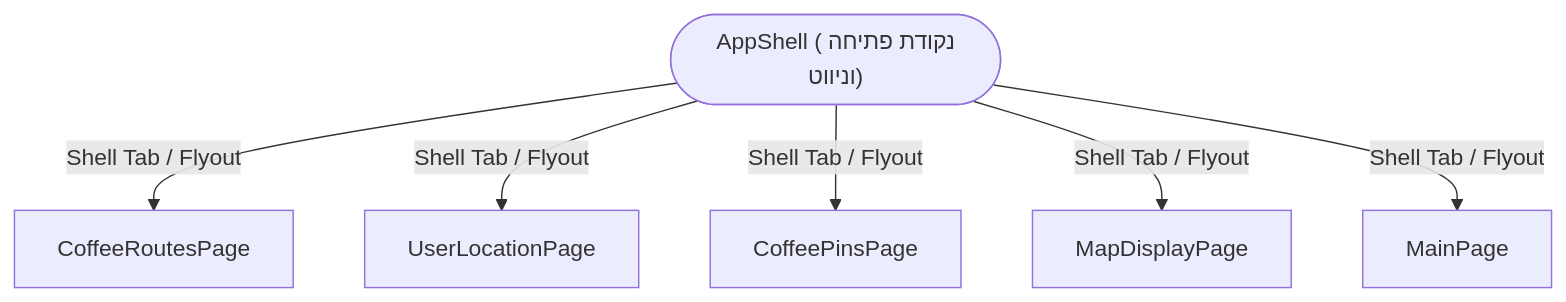
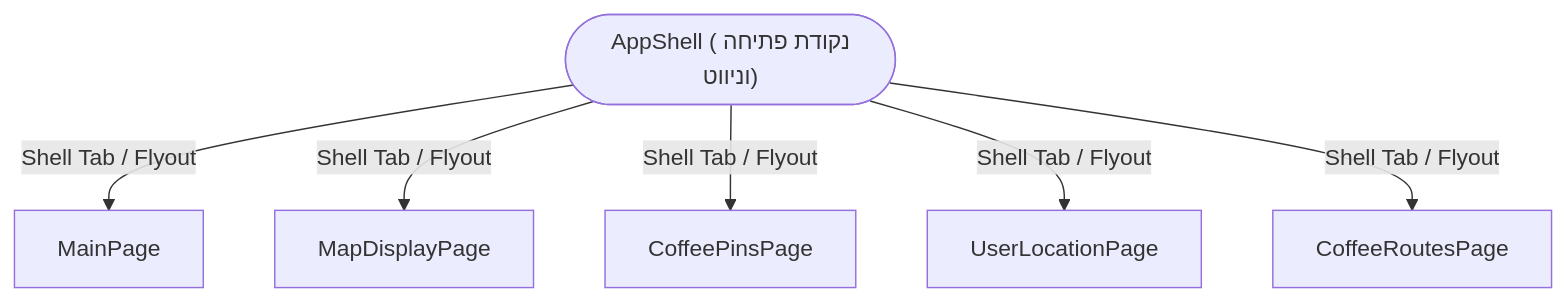
The diagram in Learning/Diagrams/Screen-Flow.mmd (stma1one/MauiGoogleMapSample), drawn with Mermaid before and after one commit. The commit also changed other lines of this file and 38 other files, not shown here.

Commit message:
feat(ui-security): switch Shell to Flyout with SVG icons, add SecureStorage API key service & cross-screen retrieval, update docs and PDFs

```diff
--- a/Learning/Diagrams/Screen-Flow.mmd
+++ b/Learning/Diagrams/Screen-Flow.mmd
@@ -1,7 +1,7 @@
 flowchart TD
   AppShell(["AppShell (נקודת פתיחה וניווט)"])
+  AppShell -->|"Shell Tab / Flyout"| MainPage
+  AppShell -->|"Shell Tab / Flyout"| MapDisplayPage
+  AppShell -->|"Shell Tab / Flyout"| CoffeePinsPage
+  AppShell -->|"Shell Tab / Flyout"| UserLocationPage
   AppShell -->|"Shell Tab / Flyout"| CoffeeRoutesPage
-  AppShell -->|"Shell Tab / Flyout"| UserLocationPage
-  AppShell -->|"Shell Tab / Flyout"| CoffeePinsPage
-  AppShell -->|"Shell Tab / Flyout"| MapDisplayPage
-  AppShell -->|"Shell Tab / Flyout"| MainPage
```
